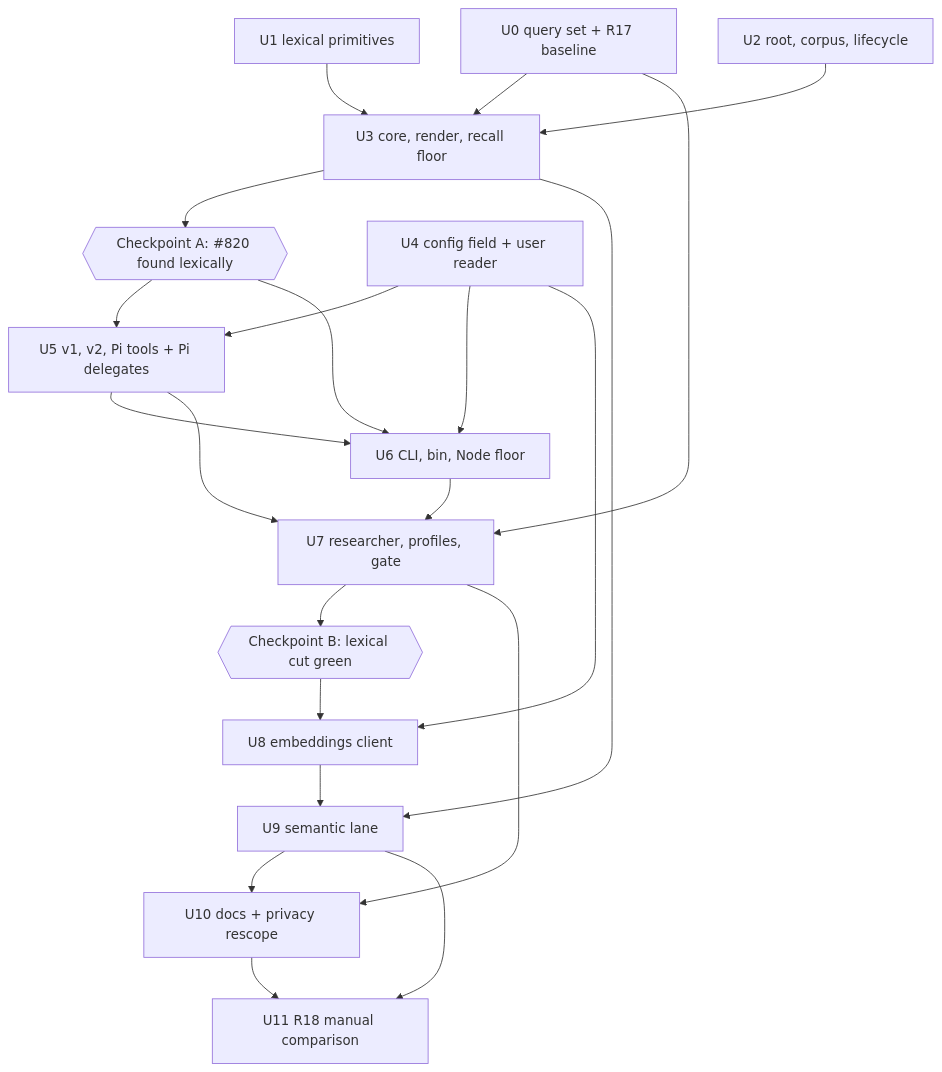
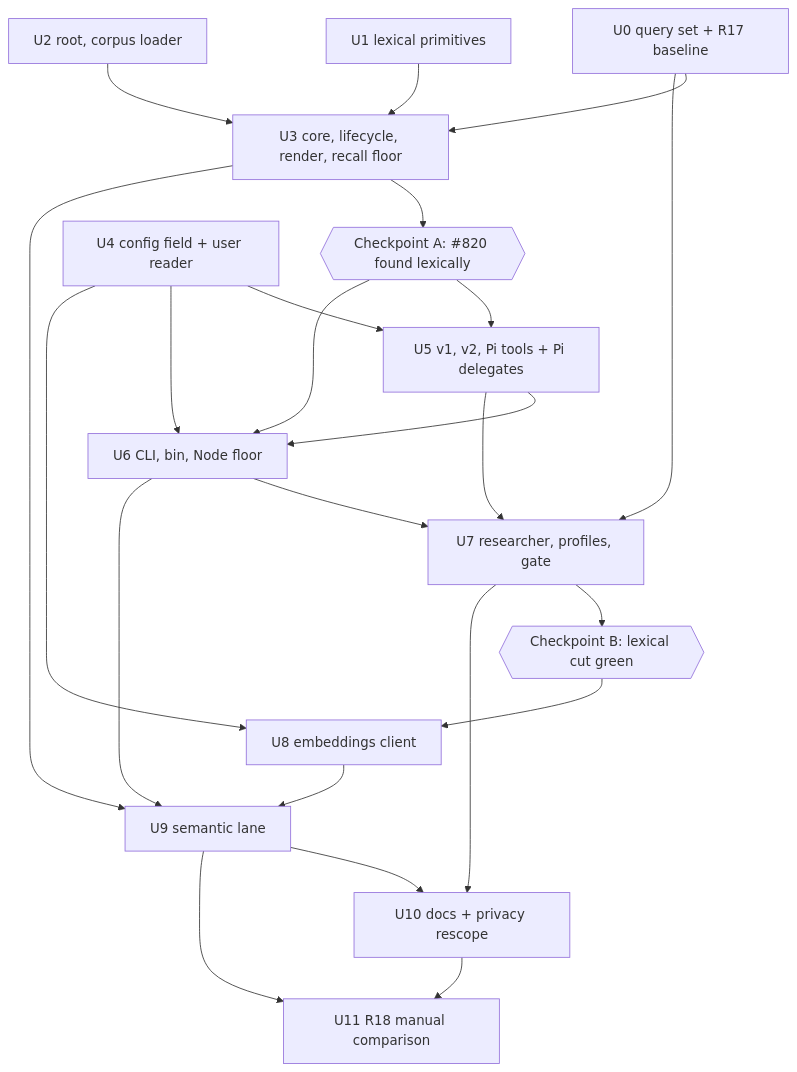
One commit to marcusrbrown/systematic changed the first of 2 diagrams in docs/plans/2026-10-29-001-feat-durable-output-search-plan.md. Above: the diagram before and after it, drawn with Mermaid. The commit also changed other lines of this file, not shown here.

````diff
--- a/docs/plans/2026-10-29-001-feat-durable-output-search-plan.md
+++ b/docs/plans/2026-10-29-001-feat-durable-output-search-plan.md
@@ -301,25 +309,26 @@
 ```mermaid
 flowchart TB
   U0["U0 query set + R17 baseline"] --> U3
   U1["U1 lexical primitives"] --> U3
-  U2["U2 root, corpus, lifecycle"] --> U3
-  U3["U3 core, render, recall floor"] --> CPA{{"Checkpoint A: #820 found lexically"}}
+  U2["U2 root, corpus loader"] --> U3
+  U3["U3 core, lifecycle, render, recall floor"] --> CPA{{"Checkpoint A: #820 found lexically"}}
   CPA --> U5
   U4["U4 config field + user reader"] --> U5
   CPA --> U6
   U4 --> U6
   U5["U5 v1, v2, Pi tools + Pi delegates"] --> U6
   U5 --> U7
   U6["U6 CLI, bin, Node floor"] --> U7
   U0 --> U7
   U7["U7 researcher, profiles, gate"] --> CPB{{"Checkpoint B: lexical cut green"}}
   CPB --> U8
   U4 --> U8
   U8["U8 embeddings client"] --> U9
   U3 --> U9
+  U6 --> U9
   U9["U9 semantic lane"] --> U10
   U7 --> U10
   U10["U10 docs + privacy rescope"] --> U11
   U9 --> U11
   U11["U11 R18 manual comparison"]
 ```
````
